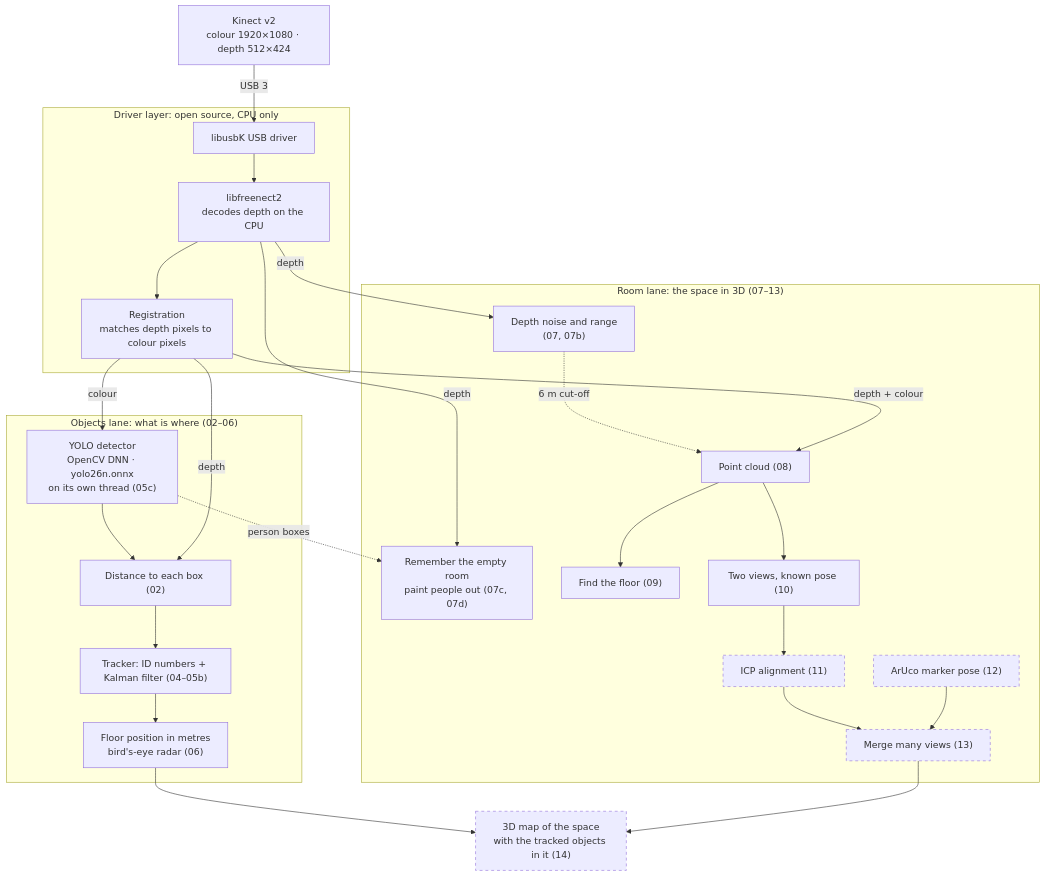
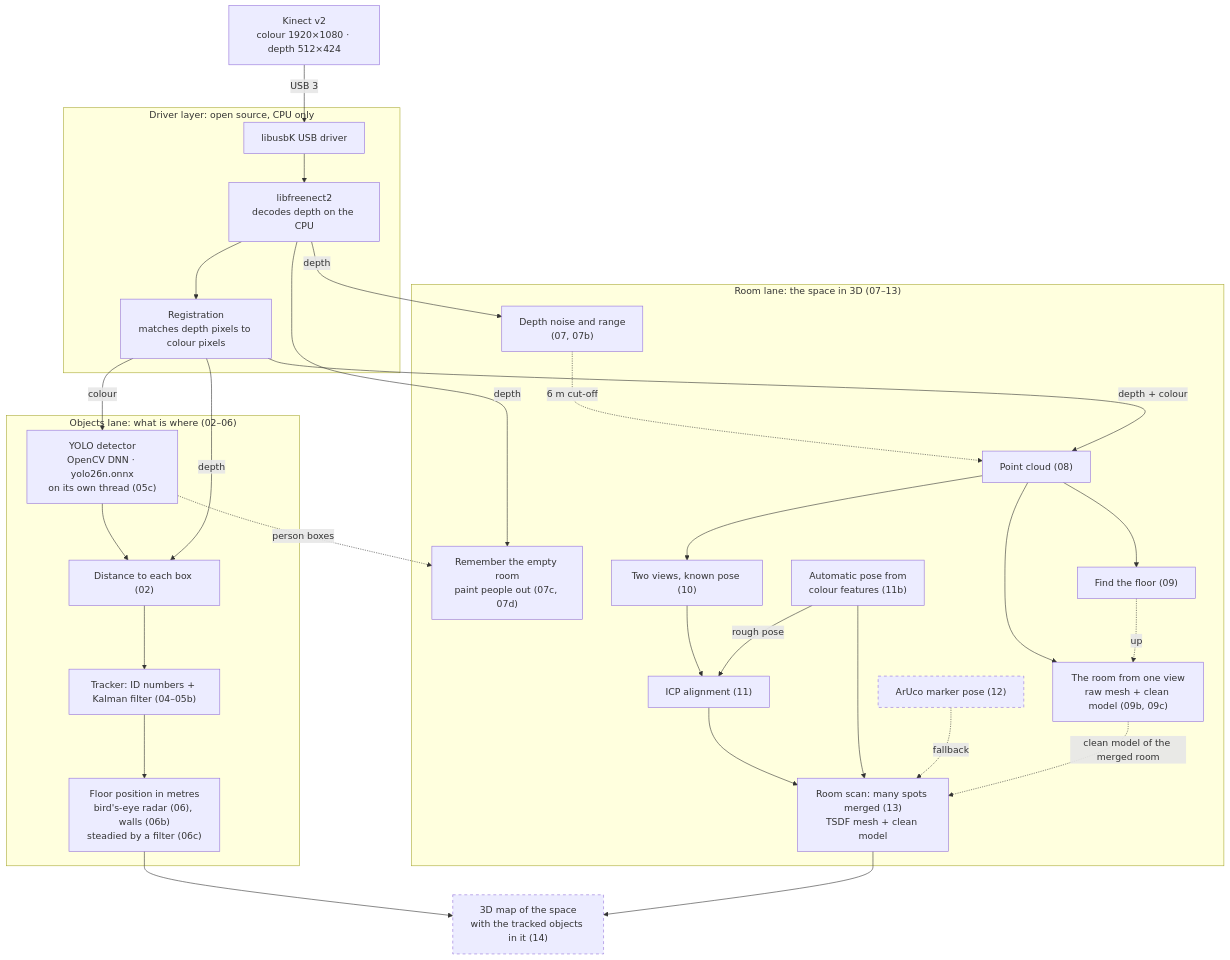
The diagram in README.md (Kramav/Spotter), drawn with Mermaid before and after one commit. The commit also changed other lines of this file and 15 other files, not shown here.

````diff
--- a/README.md
+++ b/README.md
@@ -17,47 +17,54 @@
 ```mermaid
 flowchart TB
     K["Kinect v2<br/>colour 1920×1080 · depth 512×424"]
 
     subgraph DRV["Driver layer: open source, CPU only"]
         U["libusbK USB driver"] --> F["libfreenect2<br/>decodes depth on the CPU"]
         F --> R["Registration<br/>matches depth pixels to colour pixels"]
     end
     K -->|USB 3| U
 
     subgraph OBJ["Objects lane: what is where (02–06)"]
         Y["YOLO detector<br/>OpenCV DNN · yolo26n.onnx<br/>on its own thread (05c)"]
         D["Distance to each box (02)"]
         T["Tracker: ID numbers + Kalman filter (04–05b)"]
-        X["Floor position in metres<br/>bird's-eye radar (06)"]
+        X["Floor position in metres<br/>bird's-eye radar (06), walls (06b)<br/>steadied by a filter (06c)"]
         Y --> D --> T --> X
     end
 
     subgraph ROOM["Room lane: the space in 3D (07–13)"]
         AV["Depth noise and range<br/>(07, 07b)"]
         BG["Remember the empty room<br/>paint people out (07c, 07d)"]
         PC["Point cloud (08)"]
         FL["Find the floor (09)"]
+        RM["The room from one view<br/>raw mesh + clean model (09b, 09c)"]
+        V11b["Automatic pose from<br/>colour features (11b)"]
         V10["Two views, known pose (10)"]
         V11["ICP alignment (11)"]
         V12["ArUco marker pose (12)"]
-        V13["Merge many views (13)"]
+        V13["Room scan: many spots merged (13)<br/>TSDF mesh + clean model"]
         AV -.->|6 m cut-off| PC
         PC --> FL
+        PC --> RM
+        FL -.->|up| RM
         PC --> V10 --> V11 --> V13
-        V12 --> V13
+        V11b -->|rough pose| V11
+        V11b --> V13
+        V12 -.->|fallback| V13
+        RM -.->|clean model of the merged room| V13
     end
 
     R -->|colour| Y
     R -->|depth| D
     F -->|depth| AV
     F -->|depth| BG
     R -->|depth + colour| PC
     Y -.->|person boxes| BG
 
     MAP["3D map of the space<br/>with the tracked objects in it (14)"]
     X --> MAP
     V13 --> MAP
 
     classDef planned stroke-dasharray: 5 5
-    class V11,V12,V13,MAP planned
+    class V12,MAP planned
 ```
````
